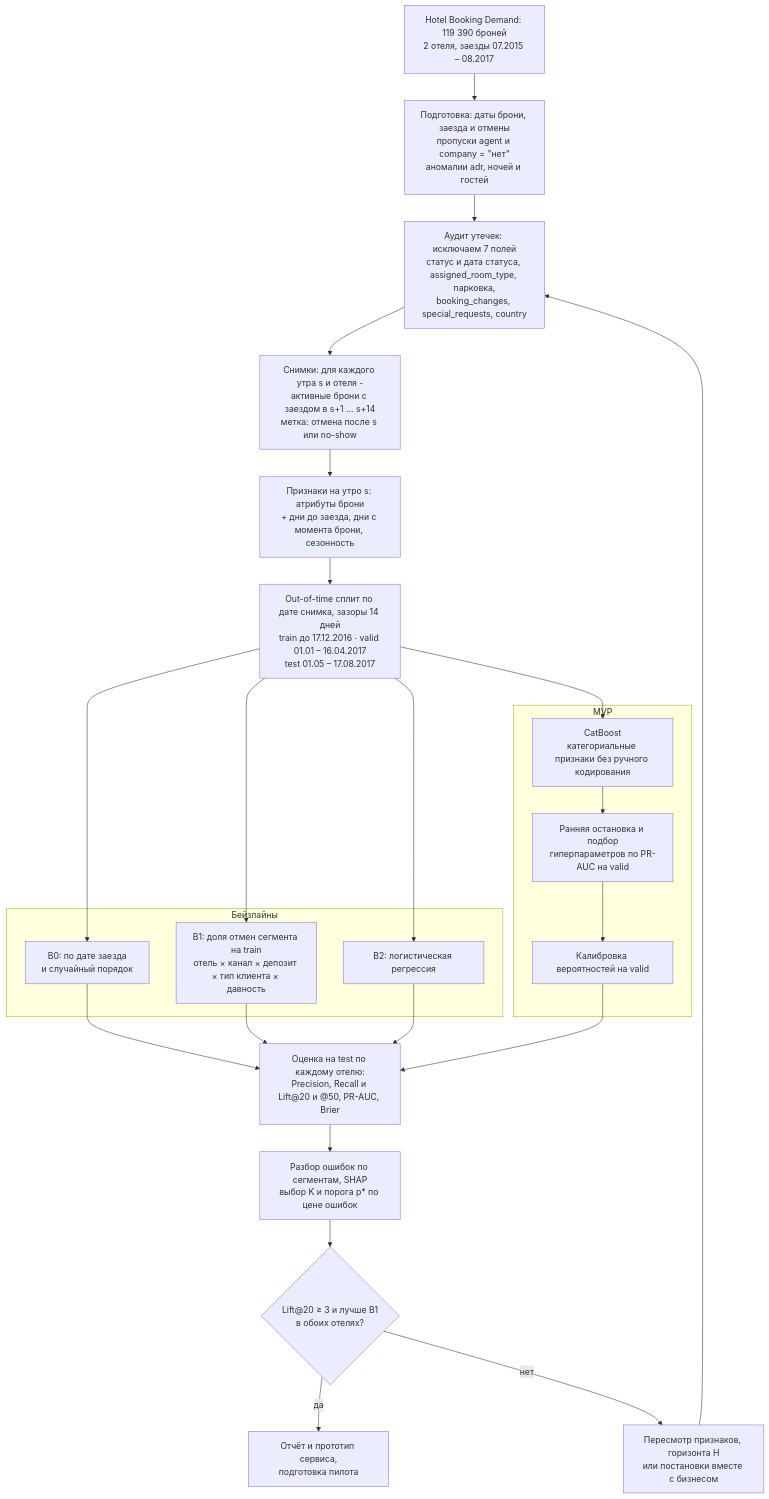
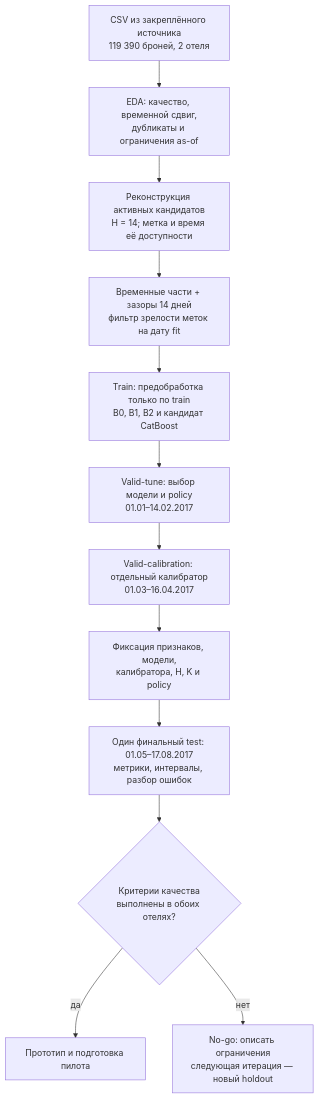
The first of 2 diagrams in docs/ml_system_design_doc.md (afafos/mlsd-hotel-cancellation-itmo), drawn with Mermaid before and after one commit. The commit also changed other lines of this file and 39 other files, not shown here.

````diff
--- a/docs/ml_system_design_doc.md
+++ b/docs/ml_system_design_doc.md
@@ -248,34 +252,18 @@
 ```mermaid
 flowchart TD
-    raw["Hotel Booking Demand: 119 390 броней<br/>2 отеля, заезды 07.2015 – 08.2017"]
-    prep["Подготовка: даты брони, заезда и отмены<br/>пропуски agent и company = #quot;нет#quot;<br/>аномалии adr, ночей и гостей"]
-    leak["Аудит утечек: исключаем 7 полей<br/>статус и дата статуса, assigned_room_type, парковка,<br/>booking_changes, special_requests, country"]
-    snap["Снимки: для каждого утра s и отеля -<br/>активные брони с заездом в s+1 … s+14<br/>метка: отмена после s или no-show"]
-    feat["Признаки на утро s: атрибуты брони<br/>+ дни до заезда, дни с момента брони, сезонность"]
-    split["Out-of-time сплит по дате снимка, зазоры 14 дней<br/>train до 17.12.2016 · valid 01.01 – 16.04.2017<br/>test 01.05 – 17.08.2017"]
-
-    raw --> prep --> leak --> snap --> feat --> split
-
-    subgraph baselines["Бейзлайны"]
-        b0["B0: по дате заезда<br/>и случайный порядок"]
-        b1["B1: доля отмен сегмента на train<br/>отель × канал × депозит × тип клиента × давность"]
-        b2["B2: логистическая регрессия"]
-    end
-
-    subgraph mvp["MVP"]
-        cb["CatBoost<br/>категориальные признаки без ручного кодирования"]
-        tune["Ранняя остановка и подбор<br/>гиперпараметров по PR-AUC на valid"]
-        calib["Калибровка вероятностей на valid"]
-        cb --> tune --> calib
-    end
-
-    split --> b0 & b1 & b2 & cb
-
-    evaluation["Оценка на test по каждому отелю:<br/>Precision, Recall и Lift@20 и @50, PR-AUC, Brier"]
-    b0 & b1 & b2 & calib --> evaluation
-    evaluation --> analysis["Разбор ошибок по сегментам, SHAP<br/>выбор K и порога p* по цене ошибок"]
-    analysis --> gate{"Lift@20 ≥ 3 и лучше B1<br/>в обоих отелях?"}
-    gate -- да --> ship["Отчёт и прототип сервиса,<br/>подготовка пилота"]
-    gate -- нет --> rework["Пересмотр признаков, горизонта H<br/>или постановки вместе с бизнесом"]
-    rework --> leak
+    raw["CSV из закреплённого источника<br/>119 390 броней, 2 отеля"]
+    eda["EDA: качество, временной сдвиг,<br/>дубликаты и ограничения as-of"]
+    snap["Реконструкция активных кандидатов<br/>H = 14; метка и время её доступности"]
+    split["Временные части + зазоры 14 дней<br/>фильтр зрелости меток на дату fit"]
+    train["Train: предобработка только по train<br/>B0, B1, B2 и кандидат CatBoost"]
+    tune["Valid-tune: выбор модели и policy<br/>01.01–14.02.2017"]
+    calib["Valid-calibration: отдельный калибратор<br/>01.03–16.04.2017"]
+    freeze["Фиксация признаков, модели,<br/>калибратора, H, K и policy"]
+    test["Один финальный test: 01.05–17.08.2017<br/>метрики, интервалы, разбор ошибок"]
+    gate{"Критерии качества<br/>выполнены в обоих отелях?"}
+    ship["Прототип и подготовка пилота"]
+    stop["No-go: описать ограничения<br/>следующая итерация — новый holdout"]
+    raw --> eda --> snap --> split --> train --> tune --> calib --> freeze --> test --> gate
+    gate -- да --> ship
+    gate -- нет --> stop
 ```
````
